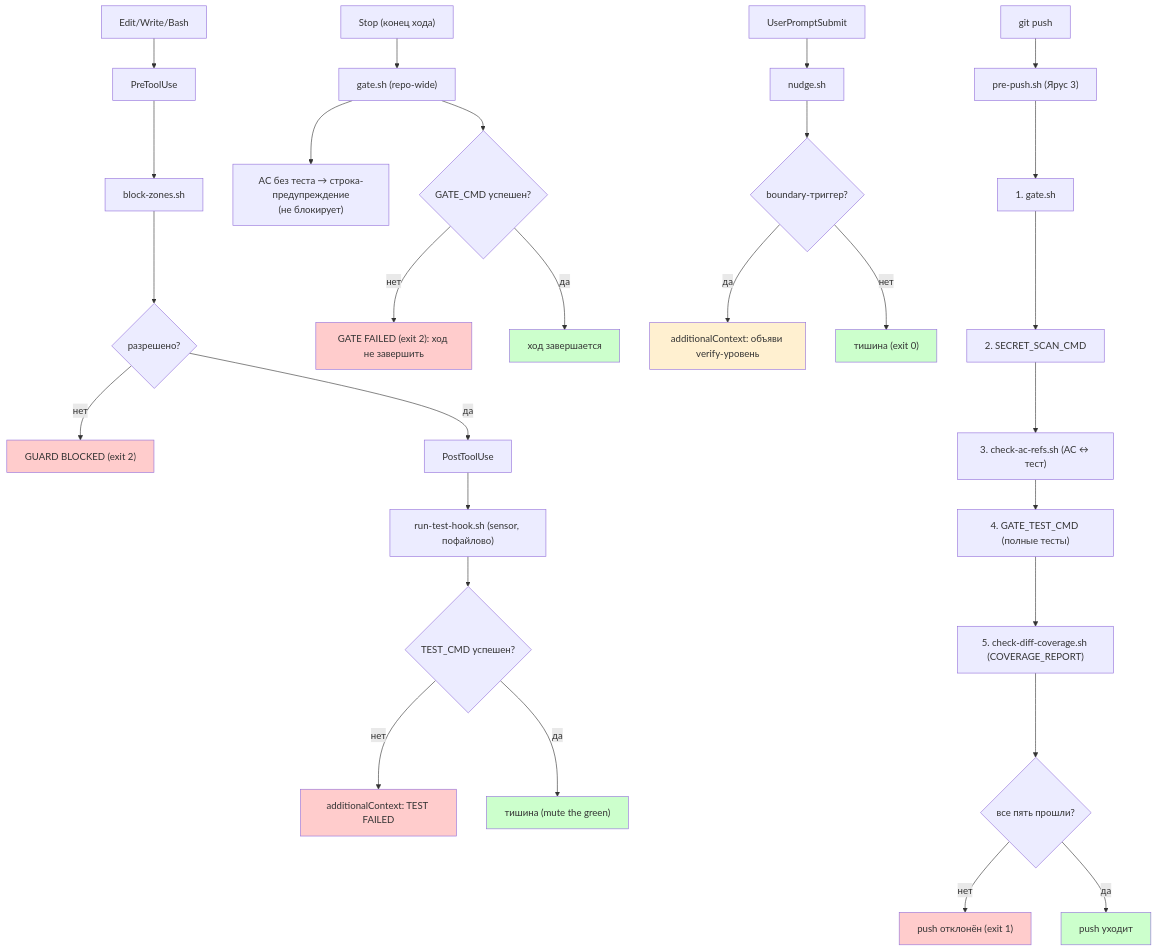
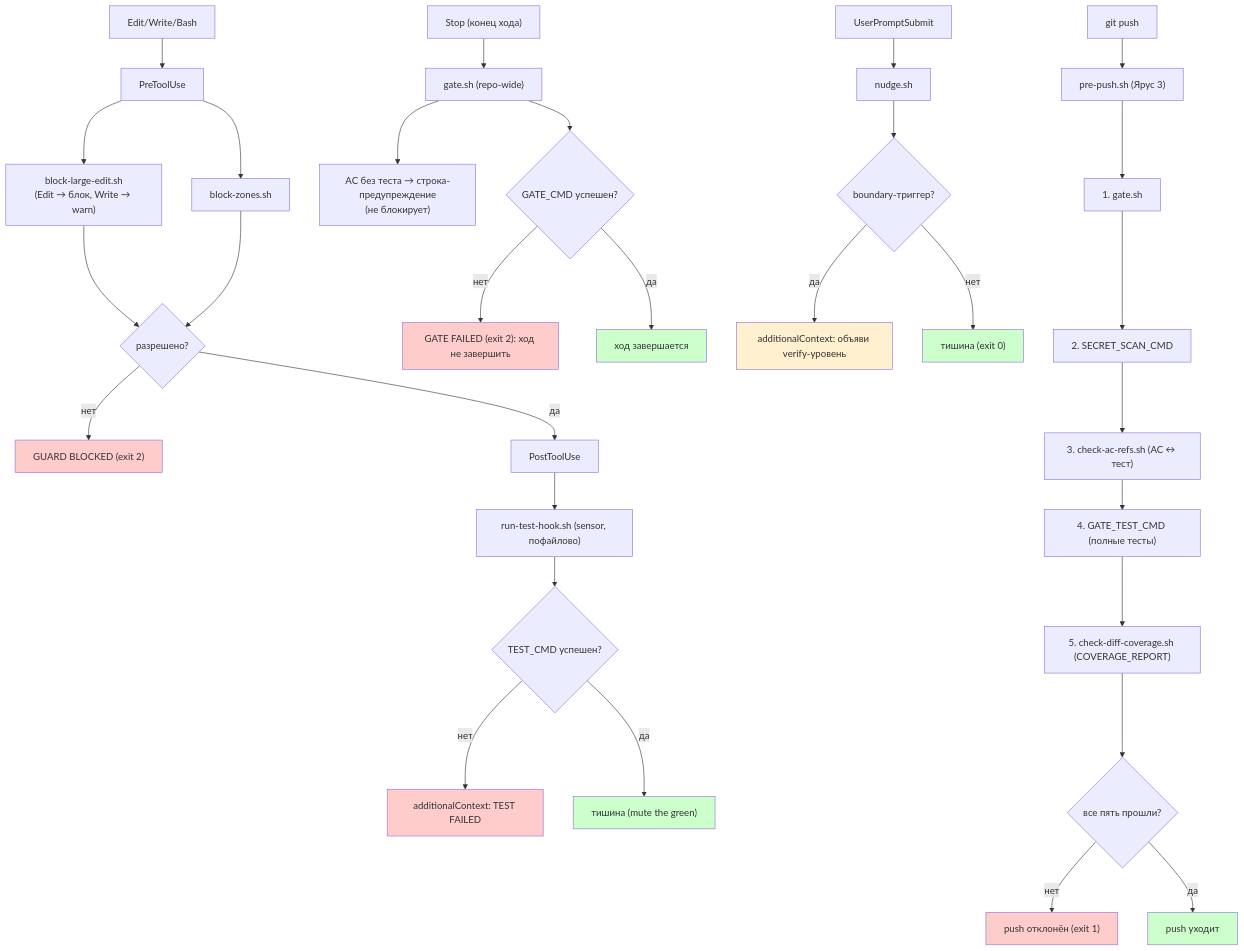
The second of 3 diagrams in docs/architecture.md (kushnirv/harness-engineering), drawn with Mermaid before and after one commit. The commit also changed other lines of this file and 9 other files, not shown here.

````diff
--- a/docs/architecture.md
+++ b/docs/architecture.md
@@ -87,39 +87,41 @@
 ```mermaid
 flowchart TD
     A["Edit/Write/Bash"] --> B["PreToolUse"]
     B --> C["block-zones.sh"]
+    B --> C2["block-large-edit.sh<br/>(Edit → блок, Write → warn)"]
+    C2 --> D
     C --> D{разрешено?}
     D -->|нет| E["GUARD BLOCKED (exit 2)"]
     D -->|да| F["PostToolUse"]
     F --> G["run-test-hook.sh (sensor, пофайлово)"]
     G --> H{TEST_CMD успешен?}
     H -->|нет| I["additionalContext: TEST FAILED"]
     H -->|да| J["тишина (mute the green)"]
     K["Stop (конец хода)"] --> L["gate.sh (repo-wide)"]
     L --> L2["AC без теста → строка-предупреждение<br/>(не блокирует)"]
     L --> M{GATE_CMD успешен?}
     M -->|нет| N["GATE FAILED (exit 2): ход не завершить"]
     M -->|да| O["ход завершается"]
     P["UserPromptSubmit"] --> Q["nudge.sh"]
     Q --> R{boundary-триггер?}
     R -->|да| S["additionalContext: объяви verify-уровень"]
     R -->|нет| T["тишина (exit 0)"]
     U["git push"] --> V["pre-push.sh (Ярус 3)"]
     V --> W["1. gate.sh"]
     W --> X["2. SECRET_SCAN_CMD"]
     X --> X2["3. check-ac-refs.sh (AC ↔ тест)"]
     X2 --> Y["4. GATE_TEST_CMD (полные тесты)"]
     Y --> Z["5. check-diff-coverage.sh (COVERAGE_REPORT)"]
     Z --> AA{все пять прошли?}
     AA -->|нет| AB["push отклонён (exit 1)"]
     AA -->|да| AC["push уходит"]
     style E fill:#ffcccc
     style I fill:#ffcccc
     style J fill:#ccffcc
     style N fill:#ffcccc
     style O fill:#ccffcc
     style S fill:#fff0d0
     style T fill:#ccffcc
     style AB fill:#ffcccc
     style AC fill:#ccffcc
 ```
````
